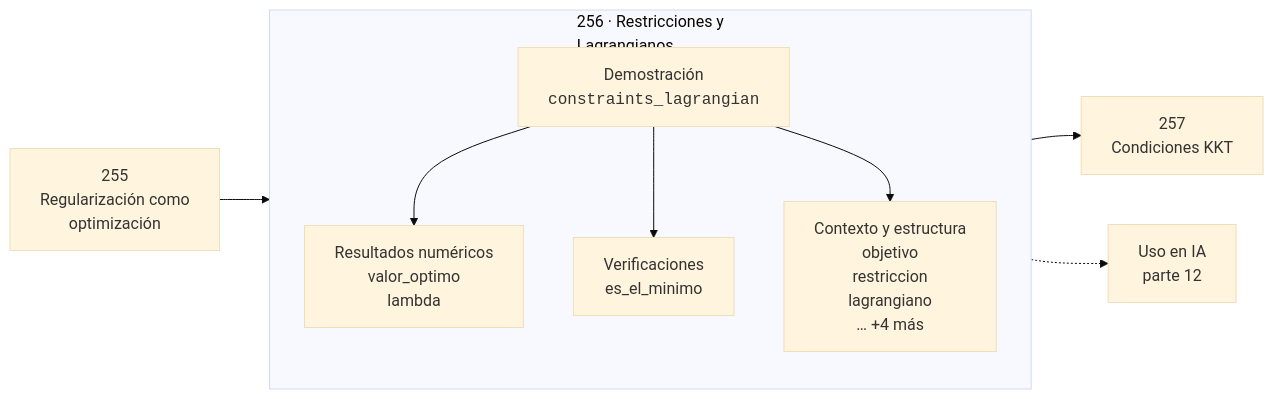
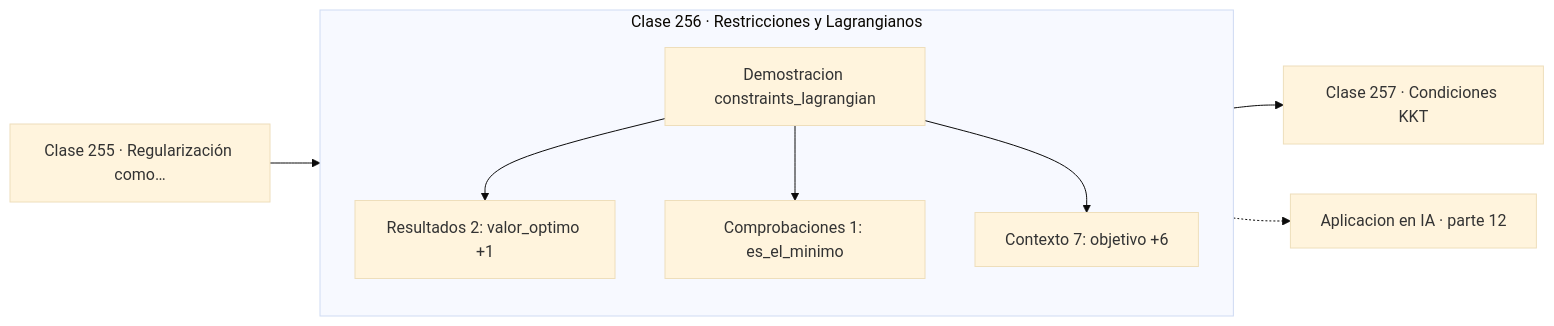
The diagram in classes/part-12-optimizacion-matematica-y-computacional/256-restricciones-y-lagrangianos/README.md (vladimiracunadev-create/computational-mathematics-program), drawn with Mermaid (base theme) before and after one commit. The commit also changed 389 other files, not shown here.

First line of the commit message:
fix(diagramas): elimina el HTML de las etiquetas Mermaid

````diff
--- a/classes/part-12-optimizacion-matematica-y-computacional/256-restricciones-y-lagrangianos/README.md
+++ b/classes/part-12-optimizacion-matematica-y-computacional/256-restricciones-y-lagrangianos/README.md
@@ -30,12 +30,13 @@
 ```mermaid
 flowchart LR
-    P["255<br/>Regularización como<br/>optimización"] --> C
-    subgraph C["256 · Restricciones y<br/>Lagrangianos"]
+    P["Clase 255 · Regularización como…"] --> D
+    subgraph CLASE["Clase 256 · Restricciones y Lagrangianos"]
         direction TB
-        D["Demostración<br/><code>constraints_lagrangian</code>"] --> R["Resultados numéricos<br/>valor_optimo<br/>lambda"]
-        D --> V["Verificaciones<br/>es_el_minimo"]
-        D --> O["Contexto y estructura<br/>objetivo<br/>restriccion<br/>lagrangiano<br/>… +4 más"]
+        D["Demostracion constraints_lagrangian"]
+        D --> R["Resultados 2: valor_optimo +1"]
+        D --> V["Comprobaciones 1: es_el_minimo"]
+        D --> O["Contexto 7: objetivo +6"]
     end
-    C --> N["257<br/>Condiciones KKT"]
-    C -.-> IA["Uso en IA<br/>parte 12"]
+    R --> N["Clase 257 · Condiciones KKT"]
+    V -.-> IA["Aplicacion en IA · parte 12"]
 ```
````
